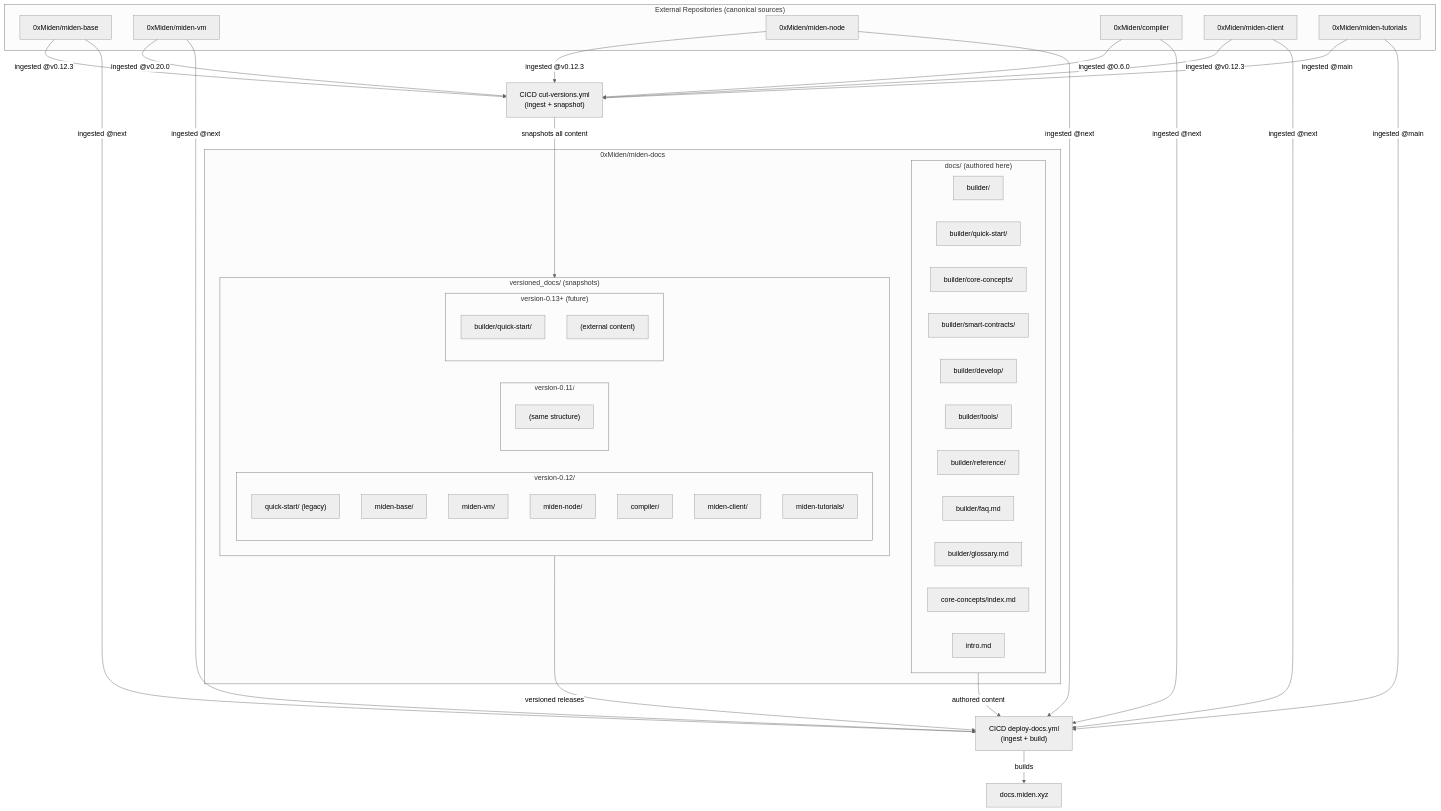
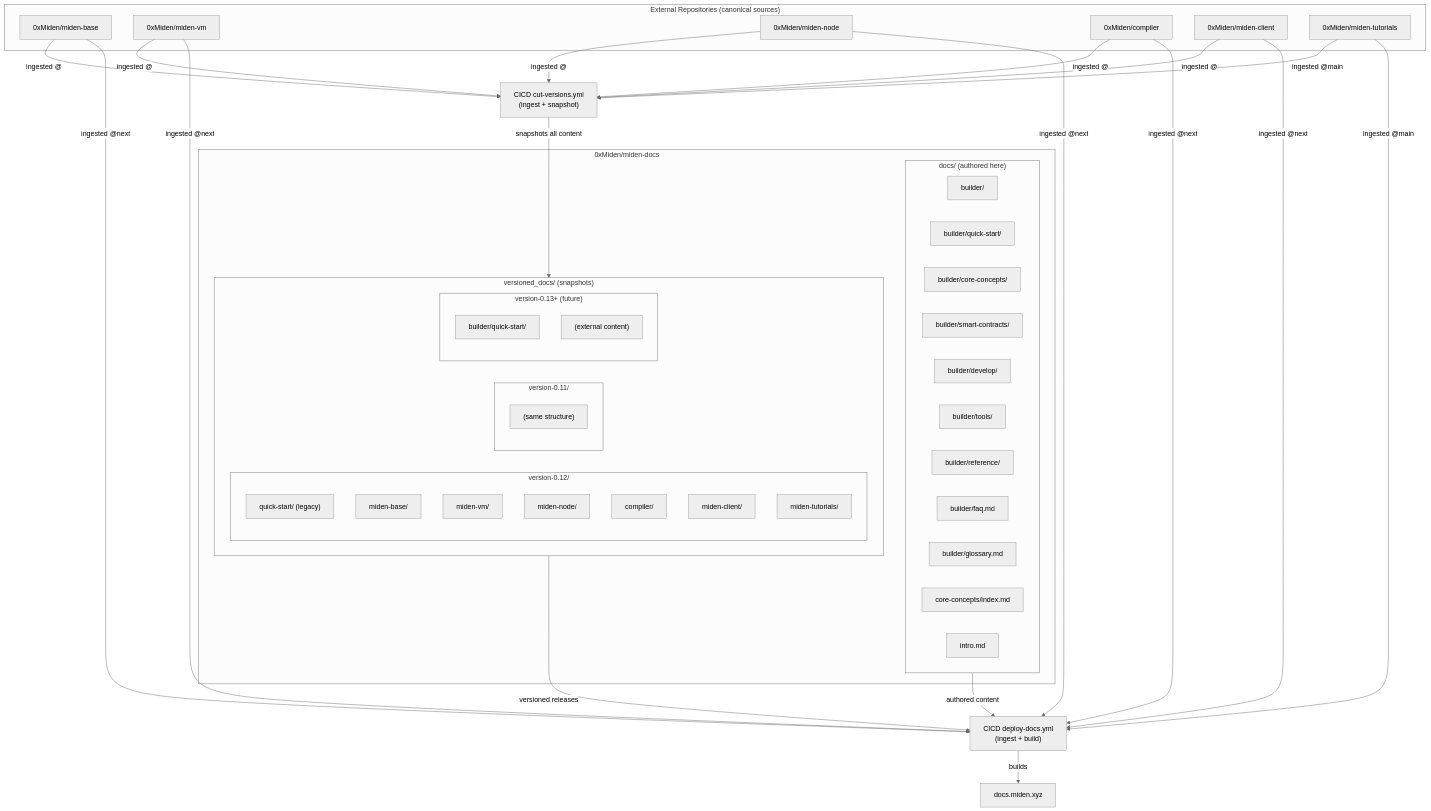
One commit to 0xMiden/miden-docs changed the diagram in README.md. Above: the diagram before and after it, drawn with Mermaid (neutral theme).

````diff
--- a/README.md
+++ b/README.md
@@ -13,72 +13,72 @@
 ```mermaid
 flowchart TD
     subgraph ThisRepo["0xMiden/miden-docs"]
         subgraph DocsDir["docs/ (authored here)"]
             BuilderDir["builder/"]
             BuilderQS["builder/quick-start/"]
             BuilderCore["builder/core-concepts/"]
             BuilderSC["builder/smart-contracts/"]
             BuilderDev["builder/develop/"]
             BuilderTools["builder/tools/"]
             BuilderRef["builder/reference/"]
             BuilderFAQ["builder/faq.md"]
             BuilderGlossary["builder/glossary.md"]
             DesignLanding["core-concepts/index.md"]
             Intro["intro.md"]
         end
 
         subgraph VersionedDocs["versioned_docs/ (snapshots)"]
             subgraph V012["version-0.12/"]
                 V012QS["quick-start/ (legacy)"]
                 V012Base["miden-base/"]
                 V012VM["miden-vm/"]
                 V012Node["miden-node/"]
                 V012Compiler["compiler/"]
                 V012Client["miden-client/"]
                 V012Tutorials["miden-tutorials/"]
             end
             subgraph V011["version-0.11/"]
                 V011Content["(same structure)"]
             end
             subgraph VFuture["version-0.13+ (future)"]
                 VFutureBuilder["builder/quick-start/"]
                 VFutureExternal["(external content)"]
             end
         end
     end
 
     subgraph ExternalRepos["External Repositories (canonical sources)"]
         MidenBase["0xMiden/miden-base"]
         MidenVM["0xMiden/miden-vm"]
         MidenNode["0xMiden/miden-node"]
         Compiler["0xMiden/compiler"]
         MidenClient["0xMiden/miden-client"]
         MidenTutorials["0xMiden/miden-tutorials"]
     end
 
     CutVersions["CICD cut-versions.yml<br/>(ingest + snapshot)"]
     DeployDocs["CICD deploy-docs.yml<br/>(ingest + build)"]
 
     %% External repos feed into both workflows
-    MidenBase -->|"ingested @v0.12.3"| CutVersions
-    MidenVM -->|"ingested @v0.20.0"| CutVersions
-    MidenNode -->|"ingested @v0.12.3"| CutVersions
-    Compiler -->|"ingested @0.6.0"| CutVersions
-    MidenClient -->|"ingested @v0.12.3"| CutVersions
+    MidenBase -->|"ingested @<release-tag>"| CutVersions
+MidenVM -->|"ingested @<release-tag>"| CutVersions
+MidenNode -->|"ingested @<release-tag>"| CutVersions
+Compiler -->|"ingested @<release-tag>"| CutVersions
+MidenClient -->|"ingested @<release-tag>"| CutVersions
     MidenTutorials -->|"ingested @main"| CutVersions
 
     MidenBase -->|"ingested @next"| DeployDocs
     MidenVM -->|"ingested @next"| DeployDocs
     MidenNode -->|"ingested @next"| DeployDocs
     Compiler -->|"ingested @next"| DeployDocs
     MidenClient -->|"ingested @next"| DeployDocs
     MidenTutorials -->|"ingested @main"| DeployDocs
 
     CutVersions -->|"snapshots all content"| VersionedDocs
 
     %% Deploy workflow uses authored + ingested + versioned
     DocsDir -->|"authored content"| DeployDocs
     VersionedDocs -->|"versioned releases"| DeployDocs
 
     DeployDocs -->|"builds"| Site["docs.miden.xyz"]
 ```
````
